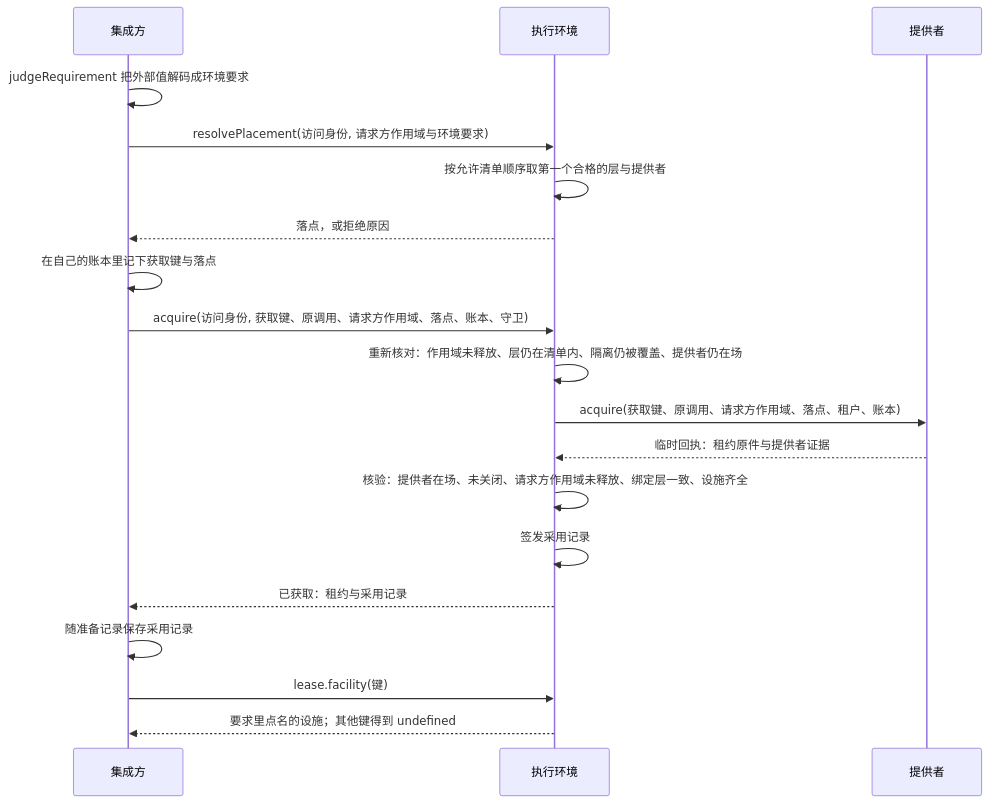
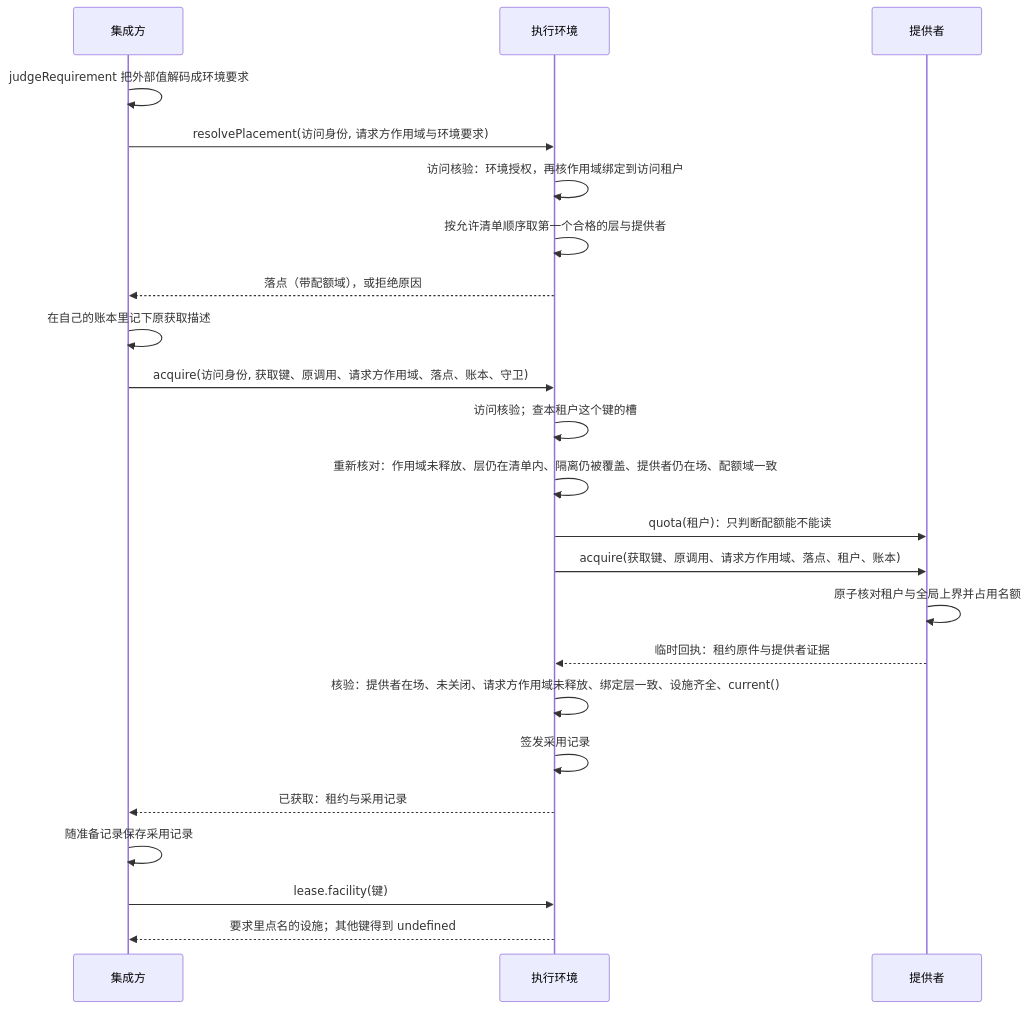
One commit to nemori-ai/omne-harness-lite changed the first of 9 diagrams in packages/execution/execution-environment-contract/docs/flows.md. Above: the diagram before and after it, drawn with Mermaid. The commit also changed other lines of this file and 136 other files, not shown here.

````diff
--- a/packages/execution/execution-environment-contract/docs/flows.md
+++ b/packages/execution/execution-environment-contract/docs/flows.md
@@ -17,21 +17,25 @@
 ```mermaid
 sequenceDiagram
   participant I as 集成方
   participant E as 执行环境
   participant P as 提供者
   I->>I: judgeRequirement 把外部值解码成环境要求
   I->>E: resolvePlacement(访问身份, 请求方作用域与环境要求)
+  E->>E: 访问核验：环境授权，再核作用域绑定到访问租户
   E->>E: 按允许清单顺序取第一个合格的层与提供者
-  E-->>I: 落点，或拒绝原因
-  I->>I: 在自己的账本里记下获取键与落点
+  E-->>I: 落点（带配额域），或拒绝原因
+  I->>I: 在自己的账本里记下原获取描述
   I->>E: acquire(访问身份, 获取键、原调用、请求方作用域、落点、账本、守卫)
-  E->>E: 重新核对：作用域未释放、层仍在清单内、隔离仍被覆盖、提供者仍在场
+  E->>E: 访问核验；查本租户这个键的槽
+  E->>E: 重新核对：作用域未释放、层仍在清单内、隔离仍被覆盖、提供者仍在场、配额域一致
+  E->>P: quota(租户)：只判断配额能不能读
   E->>P: acquire(获取键、原调用、请求方作用域、落点、租户、账本)
+  P->>P: 原子核对租户与全局上界并占用名额
   P-->>E: 临时回执：租约原件与提供者证据
-  E->>E: 核验：提供者在场、未关闭、请求方作用域未释放、绑定层一致、设施齐全
+  E->>E: 核验：提供者在场、未关闭、请求方作用域未释放、绑定层一致、设施齐全、current()
   E->>E: 签发采用记录
   E-->>I: 已获取：租约与采用记录
   I->>I: 随准备记录保存采用记录
   I->>E: lease.facility(键)
   E-->>I: 要求里点名的设施；其他键得到 undefined
 ```
````
